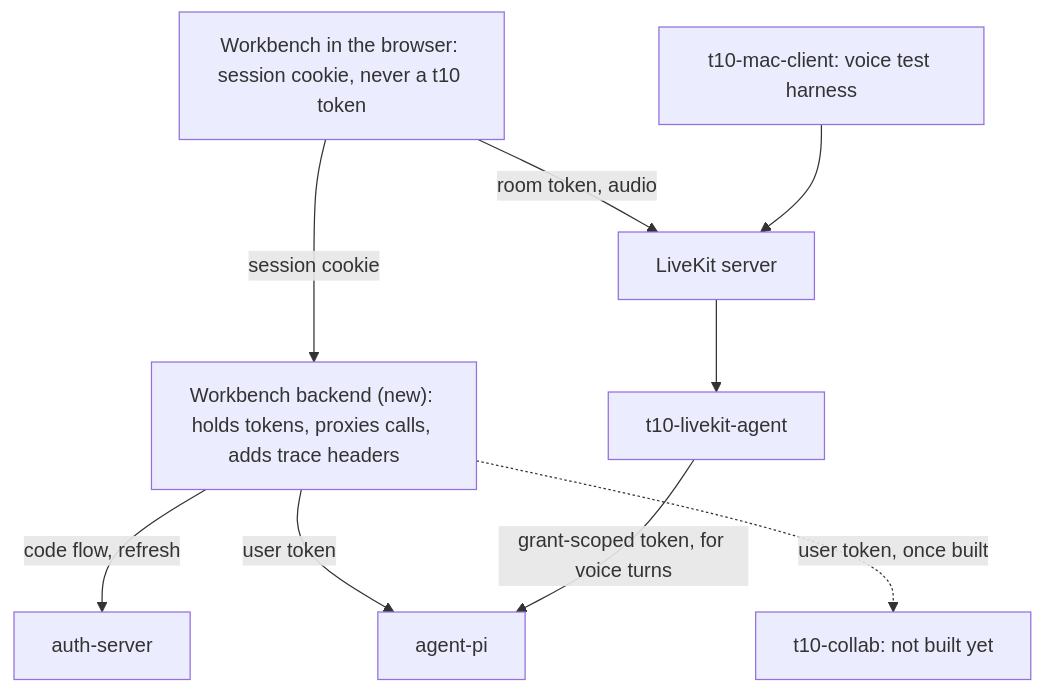
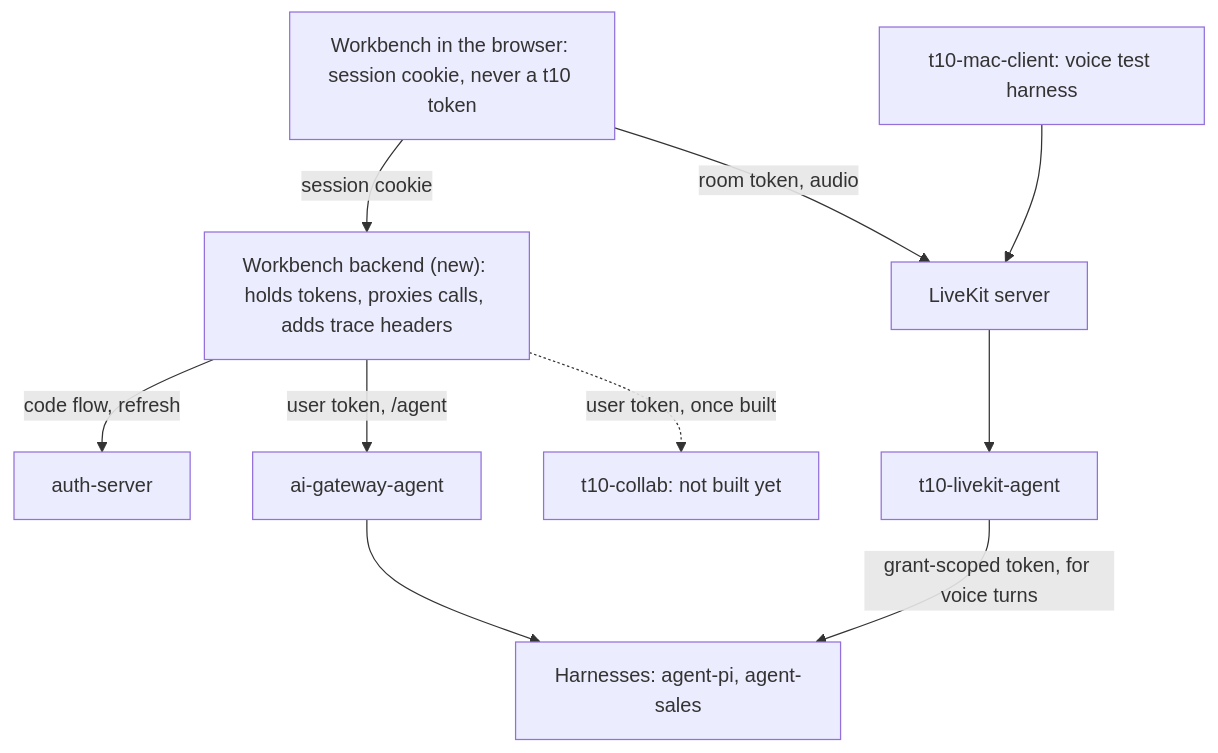
One commit to xiant10/workbench changed the first of 3 diagrams in docs/design.md. Above: the diagram before and after it, drawn with Mermaid. The commit also changed other lines of this file and 1 other file, not shown here.

Commit message:
docs: clarify /agent routing through ai-gateway-agent

````diff
--- a/docs/design.md
+++ b/docs/design.md
@@ -67,11 +67,12 @@
 ```mermaid
 flowchart TB
   browser["Workbench in the browser: session cookie, never a t10 token"] -->|session cookie| backend
   browser -->|room token, audio| livekit["LiveKit server"]
   mac["t10-mac-client: voice test harness"] --> livekit
   backend["Workbench backend (new): holds tokens, proxies calls, adds trace headers"] -->|code flow, refresh| auth["auth-server"]
-  backend -->|user token| pi["agent-pi"]
+  backend -->|user token, /agent| gw["ai-gateway-agent"]
+  gw --> pi["Harnesses: agent-pi, agent-sales"]
   backend -.->|user token, once built| collab["t10-collab: not built yet"]
   livekit --> lka["t10-livekit-agent"]
   lka -->|grant-scoped token, for voice turns| pi
 ```
````
